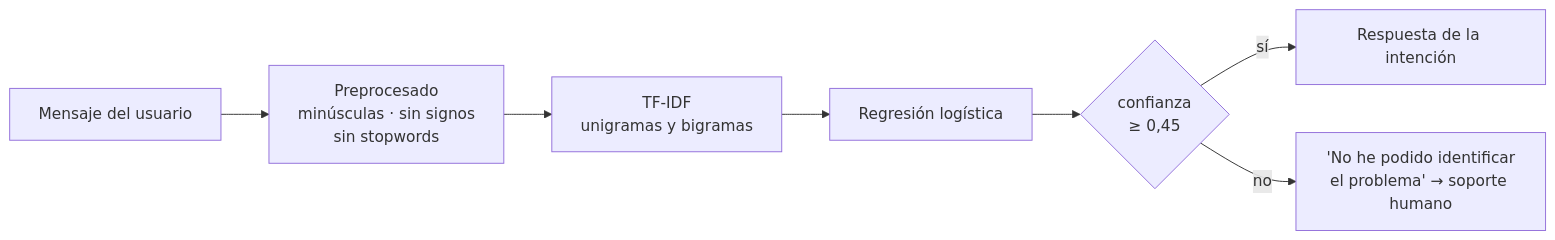
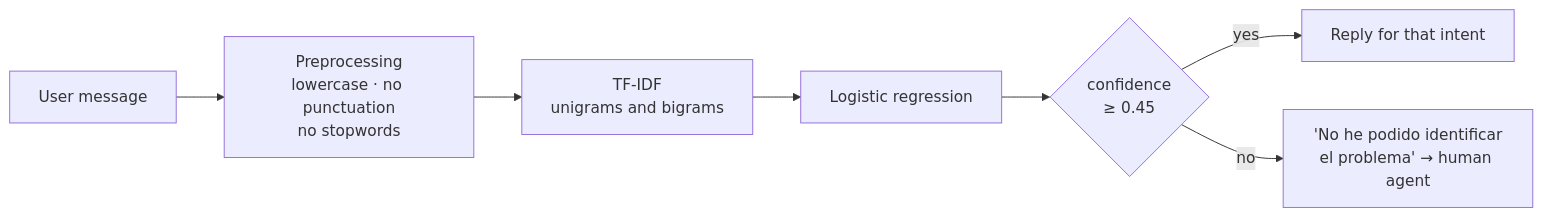
Before and after one commit to PedroFlores199/ChatBot-Support: the diagram in README.md, drawn with Mermaid. The commit also changed other lines of this file, not shown here.

````diff
--- a/README.md
+++ b/README.md
@@ -12,9 +11,9 @@
 ```mermaid
 flowchart LR
-    U["Mensaje del usuario"] --> P["Preprocesado<br/>minúsculas · sin signos<br/>sin stopwords"]
-    P --> V["TF-IDF<br/>unigramas y bigramas"]
-    V --> C["Regresión logística"]
-    C --> D{"confianza<br/>≥ 0,45"}
-    D -->|sí| R["Respuesta de la intención"]
-    D -->|no| X["'No he podido identificar<br/>el problema' → soporte humano"]
+    U["User message"] --> P["Preprocessing<br/>lowercase · no punctuation<br/>no stopwords"]
+    P --> V["TF-IDF<br/>unigrams and bigrams"]
+    V --> C["Logistic regression"]
+    C --> D{"confidence<br/>≥ 0.45"}
+    D -->|yes| R["Reply for that intent"]
+    D -->|no| X["'No he podido identificar<br/>el problema' → human agent"]
 ```
````
